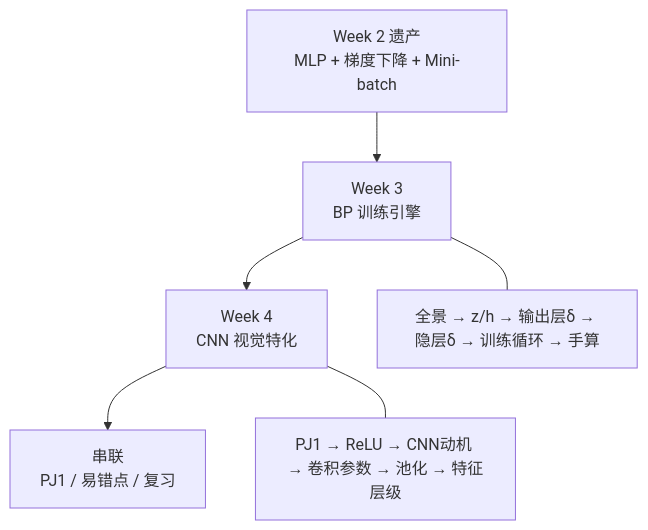
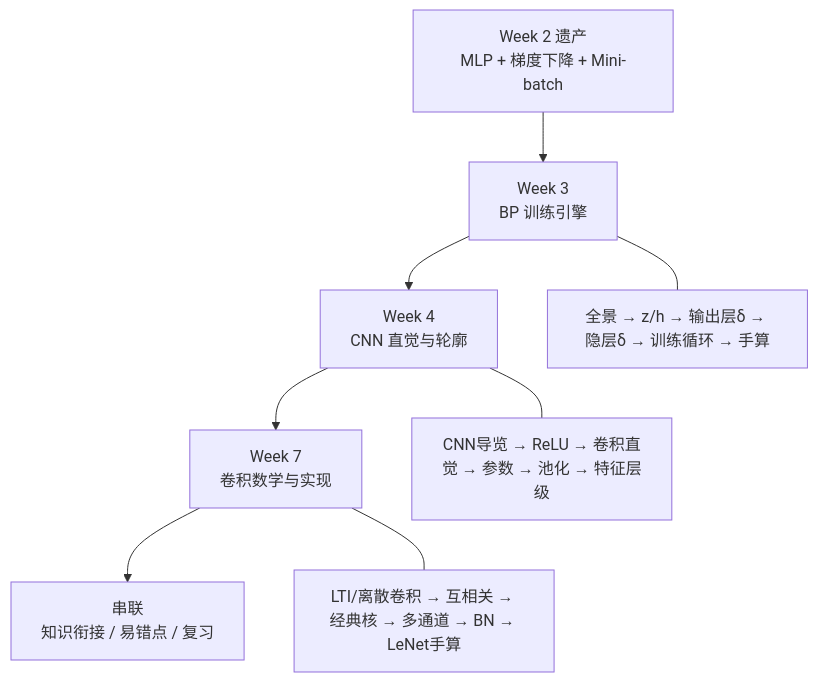
One commit to SummerS-tars/ai-course-guides changed the first of 4 diagrams in guides/AI-Week3-4-学习指南.md. Above: the diagram before and after it, drawn with Mermaid. The commit also changed other lines of this file and 1 other file, not shown here.

Commit message:
docs: update week 7 content to week3-4 as appended content

````diff
--- a/guides/AI-Week3-4-学习指南.md
+++ b/guides/AI-Week3-4-学习指南.md
@@ -53,14 +58,17 @@
 ```mermaid
 flowchart TB
     W2[Week 2 遗产<br/>MLP + 梯度下降 + Mini-batch]
     W3[Week 3<br/>BP 训练引擎]
-    W4[Week 4<br/>CNN 视觉特化]
-    END[串联<br/>PJ1 / 易错点 / 复习]
+    W4[Week 4<br/>CNN 直觉与轮廓]
+    W7[Week 7<br/>卷积数学与实现]
+    END[串联<br/>知识衔接 / 易错点 / 复习]
 
     W2 --> W3
     W3 --> W4
-    W4 --> END
+    W4 --> W7
+    W7 --> END
 
     W3 --- W3a[全景 → z/h → 输出层δ → 隐层δ → 训练循环 → 手算]
-    W4 --- W4a[PJ1 → ReLU → CNN动机 → 卷积参数 → 池化 → 特征层级]
+    W4 --- W4a[CNN导览 → ReLU → 卷积直觉 → 参数 → 池化 → 特征层级]
+    W7 --- W7a[LTI/离散卷积 → 互相关 → 经典核 → 多通道 → BN → LeNet手算]
 ```
````
